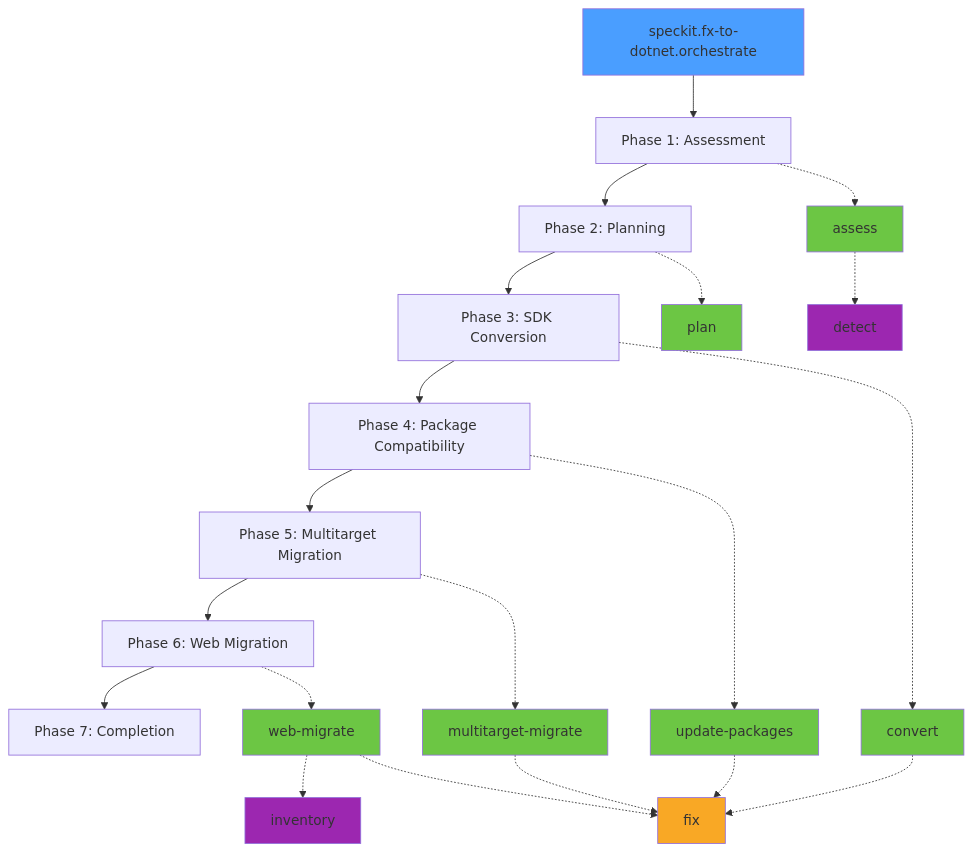
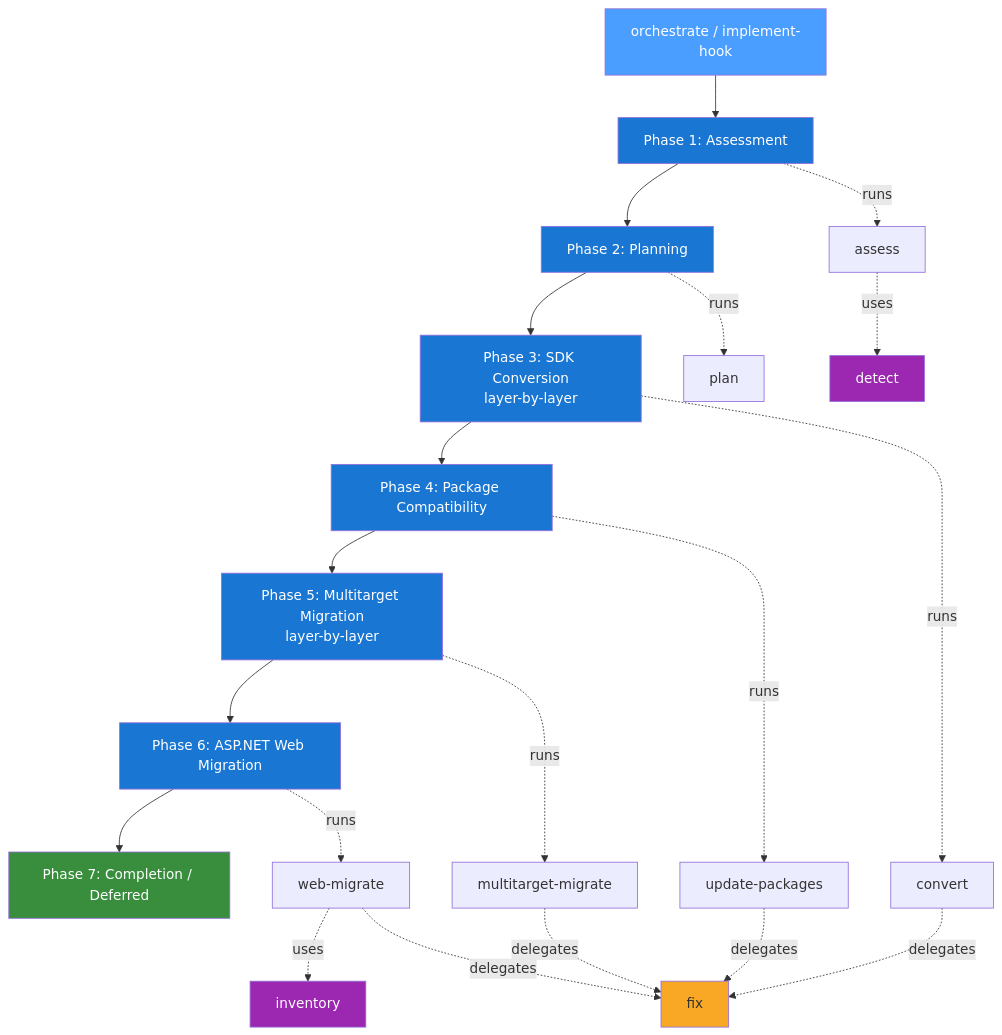
One commit to RogerBestMsft/spec-kit-FxToNet changed the third of 5 diagrams in README.md. Above: the diagram before and after it, drawn with Mermaid. The commit also changed other lines of this file and 2 other files, not shown here.

````diff
--- a/README.md
+++ b/README.md
@@ -7,34 +120,35 @@
 ```mermaid
 graph TD
-    A[speckit.fx-to-dotnet.orchestrate] --> B[Phase 1: Assessment]
-    B --> C[Phase 2: Planning]
-    C --> D[Phase 3: SDK Conversion]
-    D --> E[Phase 4: Package Compatibility]
-    E --> F[Phase 5: Multitarget Migration]
-    F --> G[Phase 6: Web Migration]
-    G --> H[Phase 7: Completion]
+    A[orchestrate / implement-hook] --> P1[Phase 1: Assessment]
+    P1 --> P2[Phase 2: Planning]
+    P2 --> P3[Phase 3: SDK Conversion<br/>layer-by-layer]
+    P3 --> P4[Phase 4: Package Compatibility]
+    P4 --> P5[Phase 5: Multitarget Migration<br/>layer-by-layer]
+    P5 --> P6[Phase 6: ASP.NET Web Migration]
+    P6 --> P7[Phase 7: Completion / Deferred]
 
-    B -.-> B1[assess]
-    B1 -.-> B2[detect]
-    C -.-> C1[plan]
-    D -.-> D1[convert]
-    D1 -.-> D2[fix]
-    E -.-> E1[update-packages]
-    E1 -.-> D2
-    F -.-> F1[multitarget-migrate]
-    F1 -.-> D2
-    G -.-> G1[web-migrate]
-    G1 -.-> G2[inventory]
-    G1 -.-> D2
+    P1 -.runs.-> CAssess[assess]
+    CAssess -.uses.-> CDetect[detect]
+    P2 -.runs.-> CPlan[plan]
+    P3 -.runs.-> CConv[convert]
+    CConv -.delegates.-> CFix[fix]
+    P4 -.runs.-> CPkg[update-packages]
+    CPkg -.delegates.-> CFix
+    P5 -.runs.-> CMulti[multitarget-migrate]
+    CMulti -.delegates.-> CFix
+    P6 -.runs.-> CWeb[web-migrate]
+    CWeb -.uses.-> CInv[inventory]
+    CWeb -.delegates.-> CFix
 
-    style A fill:#4a9eff
-    style B1 fill:#6cc644
-    style C1 fill:#6cc644
-    style D1 fill:#6cc644
-    style D2 fill:#f9a825
-    style E1 fill:#6cc644
-    style F1 fill:#6cc644
-    style G1 fill:#6cc644
-    style B2 fill:#9c27b0
-    style G2 fill:#9c27b0
+    style A fill:#4a9eff,color:#fff
+    style P1 fill:#1976d2,color:#fff
+    style P2 fill:#1976d2,color:#fff
+    style P3 fill:#1976d2,color:#fff
+    style P4 fill:#1976d2,color:#fff
+    style P5 fill:#1976d2,color:#fff
+    style P6 fill:#1976d2,color:#fff
+    style P7 fill:#388e3c,color:#fff
+    style CFix fill:#f9a825
+    style CDetect fill:#9c27b0,color:#fff
+    style CInv fill:#9c27b0,color:#fff
 ```
````
